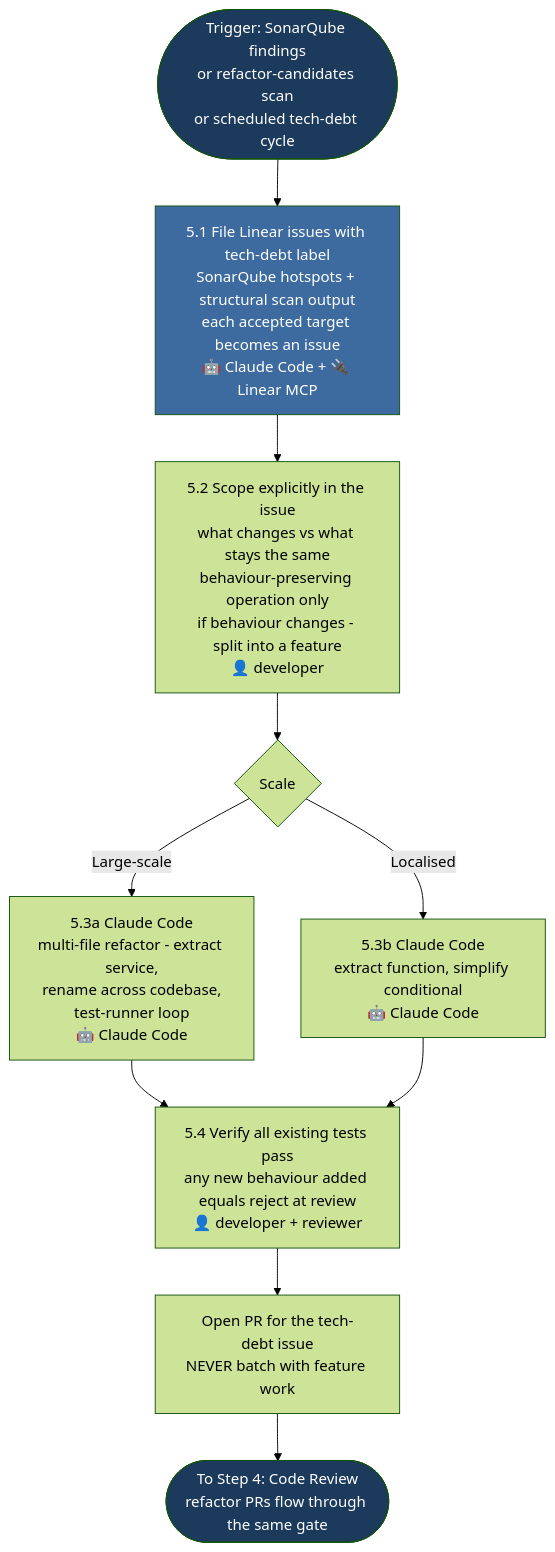
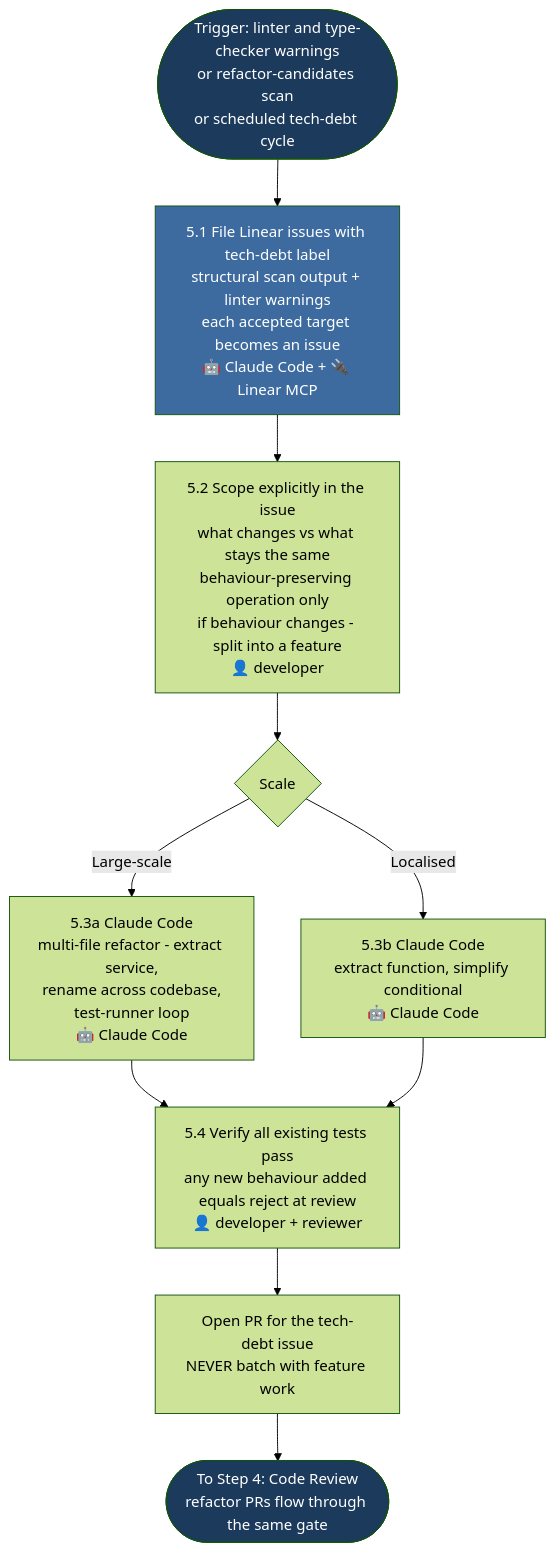
The sixth of 8 diagrams in aidlc-phases/03-development/FLOWCHART.md (kalpat-allion/ai-dlc), drawn with Mermaid (forest theme) before and after one commit. The commit also changed other lines of this file and 39 other files, not shown here.

````diff
--- a/aidlc-phases/03-development/FLOWCHART.md
+++ b/aidlc-phases/03-development/FLOWCHART.md
@@ -286,20 +286,20 @@
 ```mermaid
 flowchart TD
-    REF_IN([Trigger: SonarQube findings<br/>or refactor-candidates scan<br/>or scheduled tech-debt cycle]) --> REF1
+    REF_IN([Trigger: linter and type-checker warnings<br/>or refactor-candidates scan<br/>or scheduled tech-debt cycle]) --> REF1
 
-    REF1[5.1 File Linear issues with tech-debt label<br/>SonarQube hotspots + structural scan output<br/>each accepted target becomes an issue<br/>🤖 Claude Code + 🔌 Linear MCP] --> REF2
+    REF1[5.1 File Linear issues with tech-debt label<br/>structural scan output + linter warnings<br/>each accepted target becomes an issue<br/>🤖 Claude Code + 🔌 Linear MCP] --> REF2
     REF2[5.2 Scope explicitly in the issue<br/>what changes vs what stays the same<br/>behaviour-preserving operation only<br/>if behaviour changes - split into a feature<br/>👤 developer] --> REF3
 
     REF3{Scale}
     REF3 -- Large-scale --> REF4A[5.3a Claude Code<br/>multi-file refactor - extract service,<br/>rename across codebase,<br/>test-runner loop<br/>🤖 Claude Code]
     REF3 -- Localised --> REF4B[5.3b Claude Code<br/>extract function, simplify conditional<br/>🤖 Claude Code]
 
     REF4A --> REF5
     REF4B --> REF5
     REF5[5.4 Verify all existing tests pass<br/>any new behaviour added equals reject at review<br/>👤 developer + reviewer] --> REF_PR[Open PR for the tech-debt issue<br/>NEVER batch with feature work]
     REF_PR --> REF_OUT([To Step 4: Code Review<br/>refactor PRs flow through the same gate])
 
     style REF_IN fill:#1B3A5C,color:#fff
     style REF_OUT fill:#1B3A5C,color:#fff
     style REF1 fill:#3D6B9F,color:#fff
 ```
````
